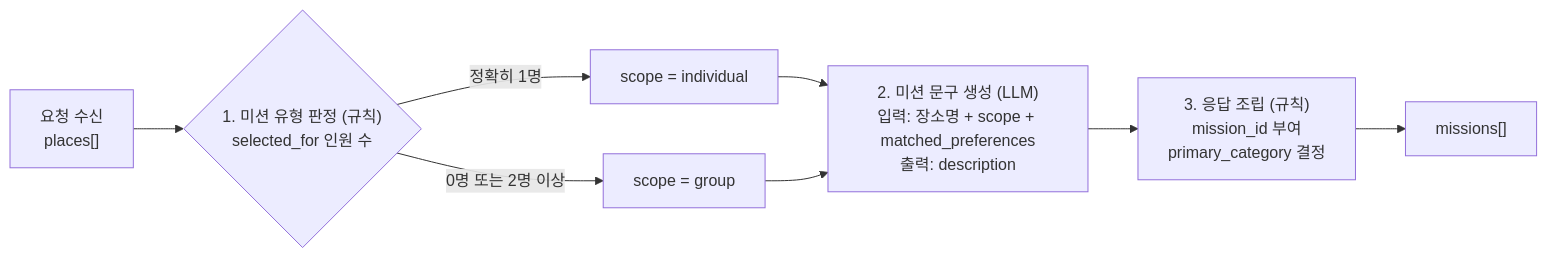
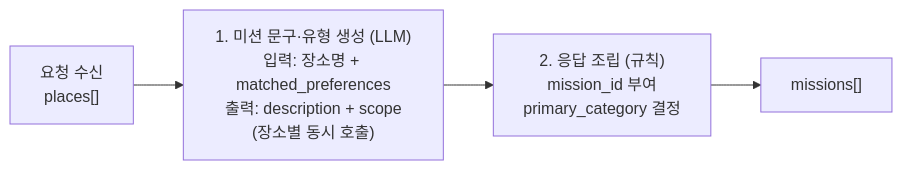
Before and after one commit to 100-hours-a-week/KTB4-20th-AI: the second of 3 diagrams in docs/weeks_task/02_weeks/04.md, drawn with Mermaid. The commit also changed other lines of this file, not shown here.

````diff
--- a/docs/weeks_task/02_weeks/04.md
+++ b/docs/weeks_task/02_weeks/04.md
@@ -336,10 +336,6 @@
 ```mermaid
 flowchart LR
-    A["요청 수신<br/>places[]"] --> S1{"1. 미션 유형 판정 (규칙)<br/>selected_for 인원 수"}
-    S1 -- "정확히 1명" --> S1a["scope = individual"]
-    S1 -- "0명 또는 2명 이상" --> S1b["scope = group"]
-    S1a --> S2["2. 미션 문구 생성 (LLM)<br/>입력: 장소명 + scope + matched_preferences<br/>출력: description"]
-    S1b --> S2
-    S2 --> S3["3. 응답 조립 (규칙)<br/>mission_id 부여<br/>primary_category 결정"]
-    S3 --> B["missions[]"]
+    A["요청 수신<br/>places[]"] --> S1["1. 미션 문구·유형 생성 (LLM)<br/>입력: 장소명 + matched_preferences<br/>출력: description + scope<br/>(장소별 동시 호출)"]
+    S1 --> S2["2. 응답 조립 (규칙)<br/>mission_id 부여<br/>primary_category 결정"]
+    S2 --> B["missions[]"]
 ```
````
